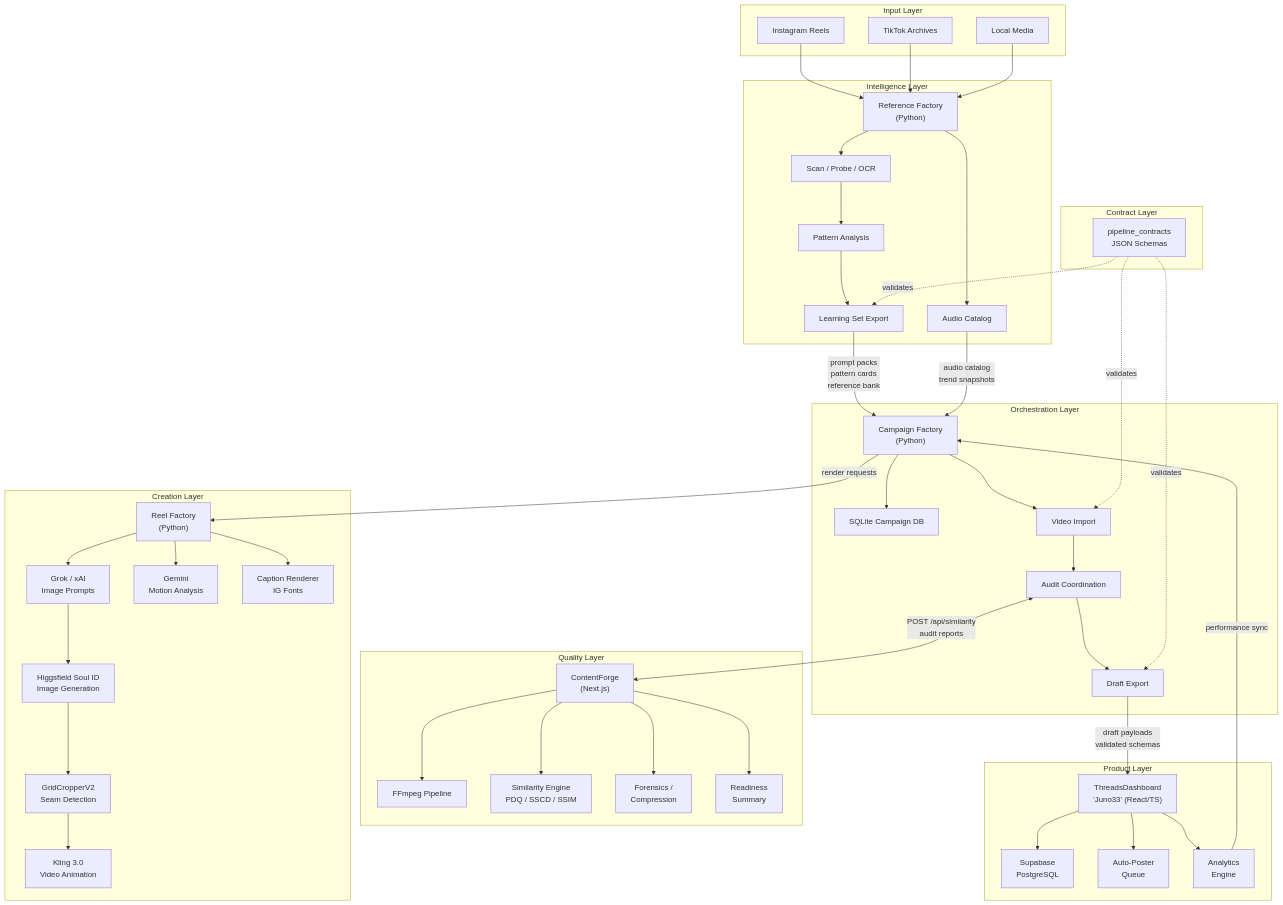
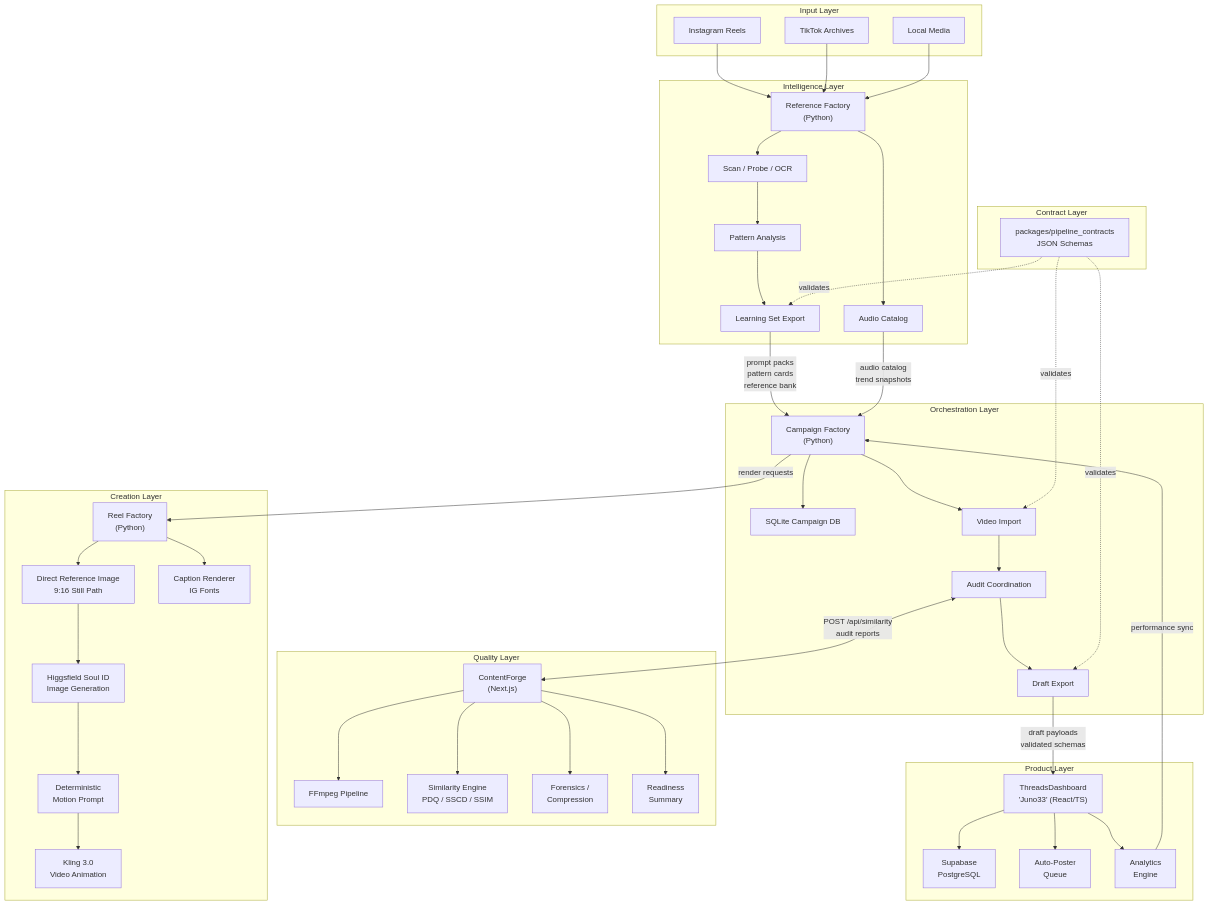
One commit to adersouza/creator-os changed the first of 5 diagrams in ARCHITECTURE.md. Above: the diagram before and after it, drawn with Mermaid. The commit also changed other lines of this file and 173 other files, not shown here.

```diff
--- a/ARCHITECTURE.md
+++ b/ARCHITECTURE.md
@@ -26,14 +26,12 @@
 
     subgraph Creation["Creation Layer"]
         REEL["Reel Factory<br/>(Python)"]
-        GROK["Grok / xAI<br/>Image Prompts"]
-        GEMINI_M["Gemini<br/>Motion Analysis"]
+        DIRECT["Direct Reference Image<br/>9:16 Still Path"]
+        MOTION["Deterministic<br/>Motion Prompt"]
         HF["Higgsfield Soul ID<br/>Image Generation"]
-        GRID["GridCropperV2<br/>Seam Detection"]
         KLING["Kling 3.0<br/>Video Animation"]
         CAP["Caption Renderer<br/>IG Fonts"]
-        REEL --> GROK --> HF --> GRID --> KLING
-        REEL --> GEMINI_M
+        REEL --> DIRECT --> HF --> MOTION --> KLING
         REEL --> CAP
     end
 
@@ -70,7 +68,7 @@
     end
 
     subgraph Contracts["Contract Layer"]
-        PC["pipeline_contracts<br/>JSON Schemas"]
+        PC["packages/pipeline_contracts<br/>JSON Schemas"]
     end
 
     IG --> RF
```
